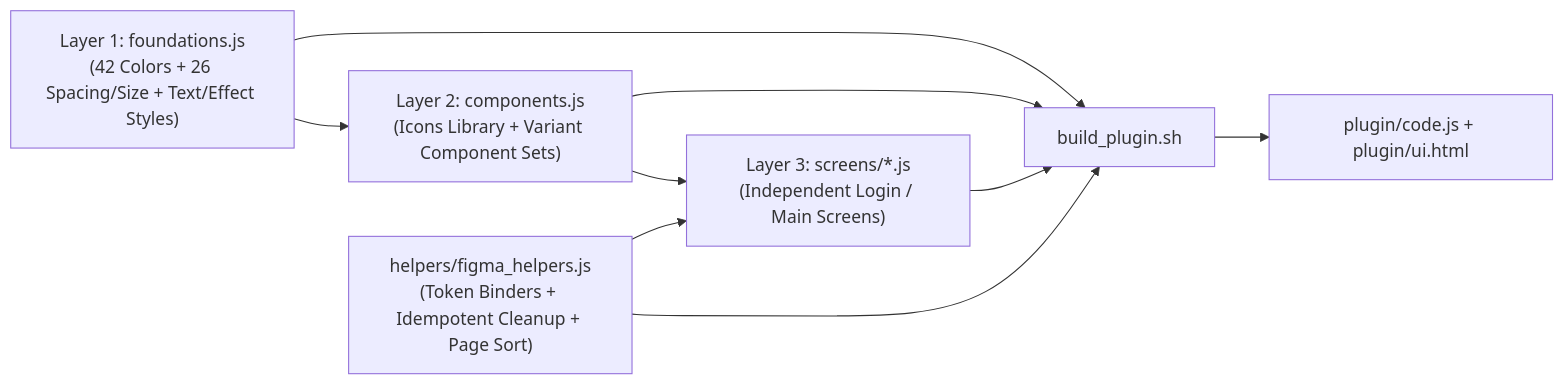
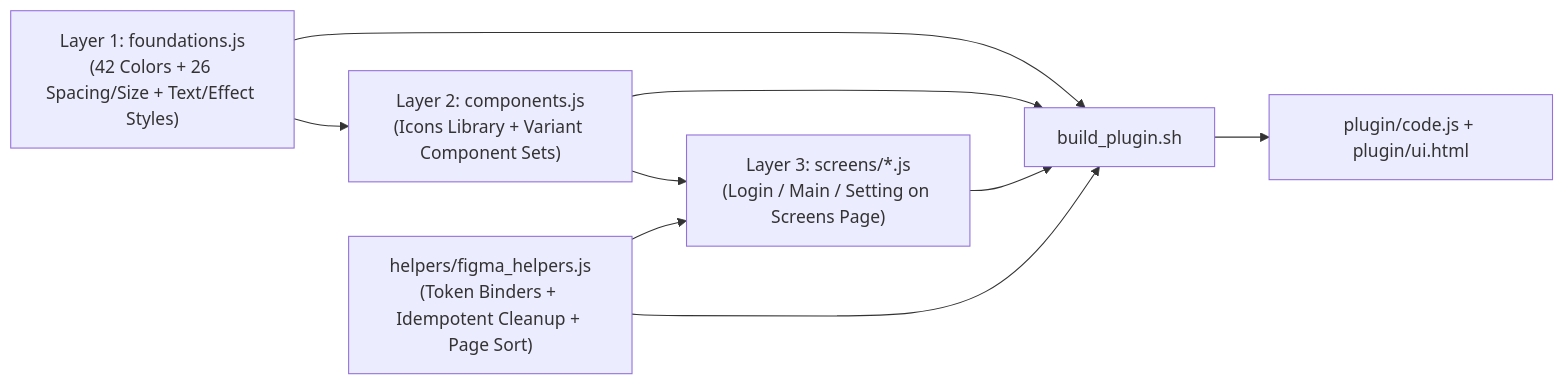
Before and after one commit to rex729/todolist-figma-code-design: the second of 2 diagrams in README.md, drawn with Mermaid. The commit also changed other lines of this file and 11 other files, not shown here.

Commit message:
docs(figma,spec): sync Screens page, Setting screen, and adaptive Bottom Sheet guidelines

````diff
--- a/README.md
+++ b/README.md
@@ -281,8 +293,8 @@
 ```mermaid
 flowchart LR
     F["Layer 1: foundations.js<br/>(42 Colors + 26 Spacing/Size + Text/Effect Styles)"] --> C["Layer 2: components.js<br/>(Icons Library + Variant Component Sets)"]
-    C --> S["Layer 3: screens/*.js<br/>(Independent Login / Main Screens)"]
+    C --> S["Layer 3: screens/*.js<br/>(Login / Main / Setting on Screens Page)"]
     H["helpers/figma_helpers.js<br/>(Token Binders + Idempotent Cleanup + Page Sort)"] --> S
     F & C & S & H --> B["build_plugin.sh"]
     B --> P["plugin/code.js + plugin/ui.html"]
 ```
````
